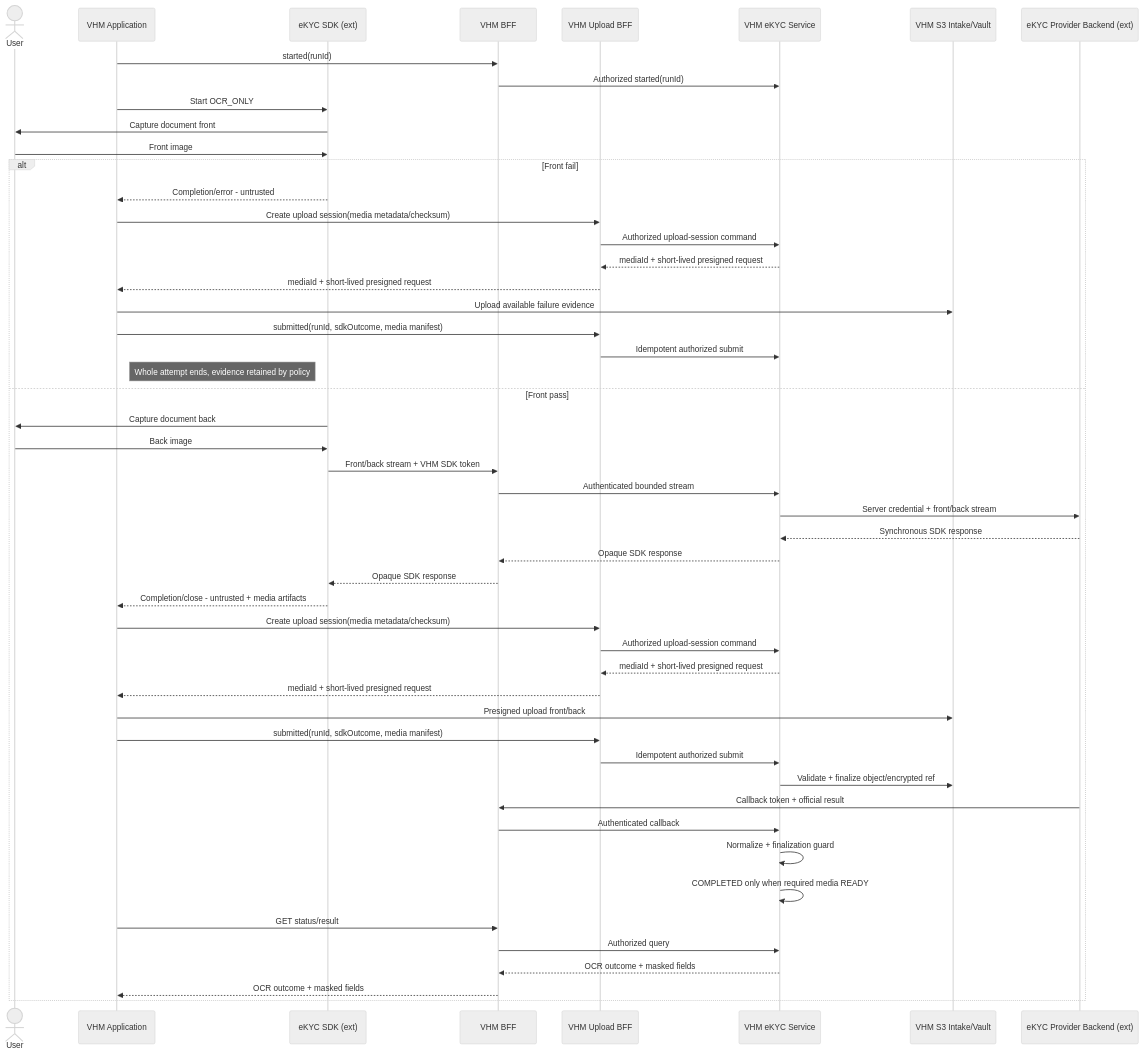
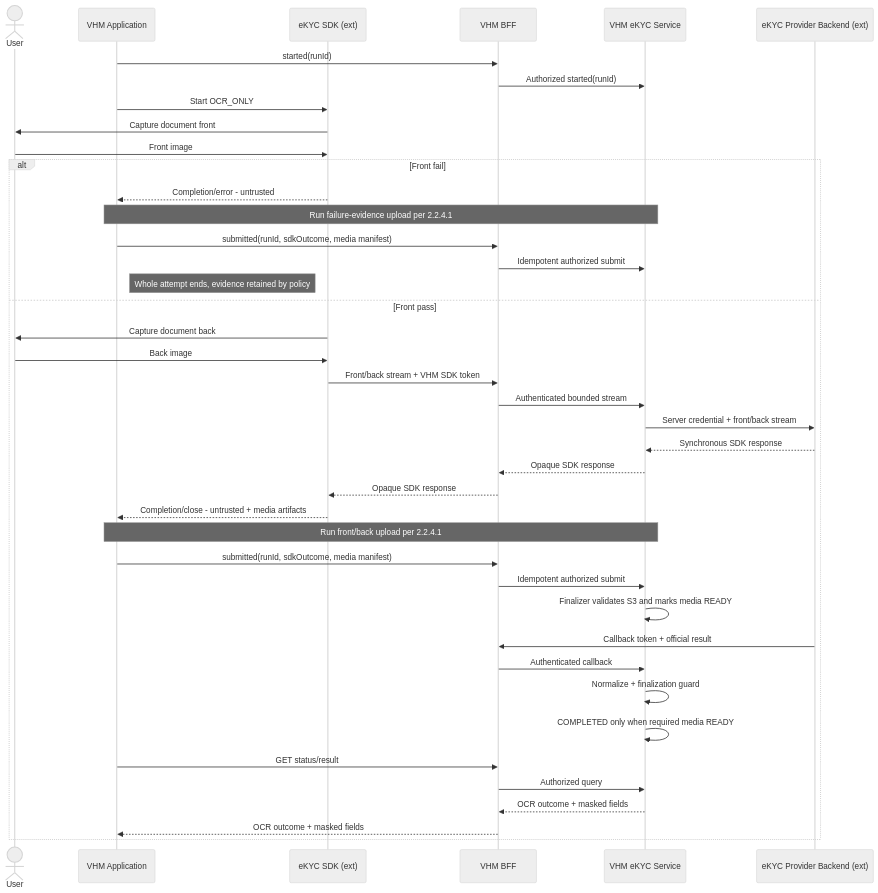
Diagram 12 of 19 in tdd2.md (huynv-xyz/vhm), drawn with Mermaid (neutral theme) before and after one commit. The commit also changed other lines of this file, not shown here.

````diff
--- a/tdd2.md
+++ b/tdd2.md
@@ -1253,53 +1186,43 @@
 ```mermaid
 sequenceDiagram
     actor User
     participant APP as VHM Application
     participant SDK as eKYC SDK (ext)
     participant BFF as VHM BFF
-    participant UPLOAD_BFF as VHM Upload BFF
     participant EKYC_SERVICE as VHM eKYC Service
-    participant S3 as VHM S3 Intake/Vault
     participant BACKEND as eKYC Provider Backend (ext)
     APP->>BFF: started(runId)
     BFF->>EKYC_SERVICE: Authorized started(runId)
     APP->>SDK: Start OCR_ONLY
     SDK->>User: Capture document front
     User->>SDK: Front image
     alt Front fail
         SDK-->>APP: Completion/error - untrusted
-        APP->>UPLOAD_BFF: Create upload session(media metadata/checksum)
-        UPLOAD_BFF->>EKYC_SERVICE: Authorized upload-session command
-        EKYC_SERVICE-->>UPLOAD_BFF: mediaId + short-lived presigned request
-        UPLOAD_BFF-->>APP: mediaId + short-lived presigned request
-        APP->>S3: Upload available failure evidence
-        APP->>UPLOAD_BFF: submitted(runId, sdkOutcome, media manifest)
-        UPLOAD_BFF->>EKYC_SERVICE: Idempotent authorized submit
+        Note over APP,EKYC_SERVICE: Run failure-evidence upload per 2.2.4.1
+        APP->>BFF: submitted(runId, sdkOutcome, media manifest)
+        BFF->>EKYC_SERVICE: Idempotent authorized submit
         Note right of APP: Whole attempt ends, evidence retained by policy
     else Front pass
         SDK->>User: Capture document back
         User->>SDK: Back image
         SDK->>BFF: Front/back stream + VHM SDK token
         BFF->>EKYC_SERVICE: Authenticated bounded stream
         EKYC_SERVICE->>BACKEND: Server credential + front/back stream
         BACKEND-->>EKYC_SERVICE: Synchronous SDK response
         EKYC_SERVICE-->>BFF: Opaque SDK response
         BFF-->>SDK: Opaque SDK response
         SDK-->>APP: Completion/close - untrusted + media artifacts
-        APP->>UPLOAD_BFF: Create upload session(media metadata/checksum)
-        UPLOAD_BFF->>EKYC_SERVICE: Authorized upload-session command
-        EKYC_SERVICE-->>UPLOAD_BFF: mediaId + short-lived presigned request
-        UPLOAD_BFF-->>APP: mediaId + short-lived presigned request
-        APP->>S3: Presigned upload front/back
-        APP->>UPLOAD_BFF: submitted(runId, sdkOutcome, media manifest)
-        UPLOAD_BFF->>EKYC_SERVICE: Idempotent authorized submit
-        EKYC_SERVICE->>S3: Validate + finalize object/encrypted ref
+        Note over APP,EKYC_SERVICE: Run front/back upload per 2.2.4.1
+        APP->>BFF: submitted(runId, sdkOutcome, media manifest)
+        BFF->>EKYC_SERVICE: Idempotent authorized submit
+        EKYC_SERVICE->>EKYC_SERVICE: Finalizer validates S3 and marks media READY
         BACKEND->>BFF: Callback token + official result
         BFF->>EKYC_SERVICE: Authenticated callback
         EKYC_SERVICE->>EKYC_SERVICE: Normalize + finalization guard
         EKYC_SERVICE->>EKYC_SERVICE: COMPLETED only when required media READY
         APP->>BFF: GET status/result
         BFF->>EKYC_SERVICE: Authorized query
         EKYC_SERVICE-->>BFF: OCR outcome + masked fields
         BFF-->>APP: OCR outcome + masked fields
     end
 ```
````
